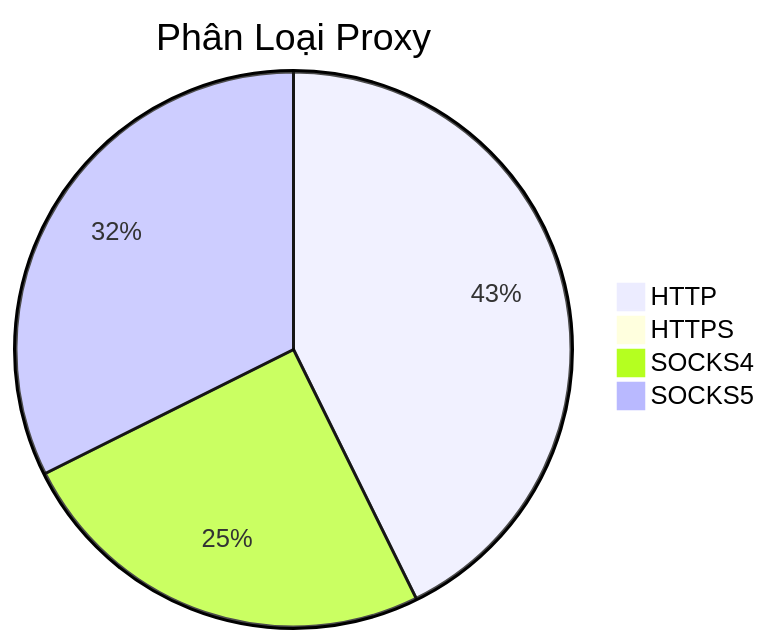
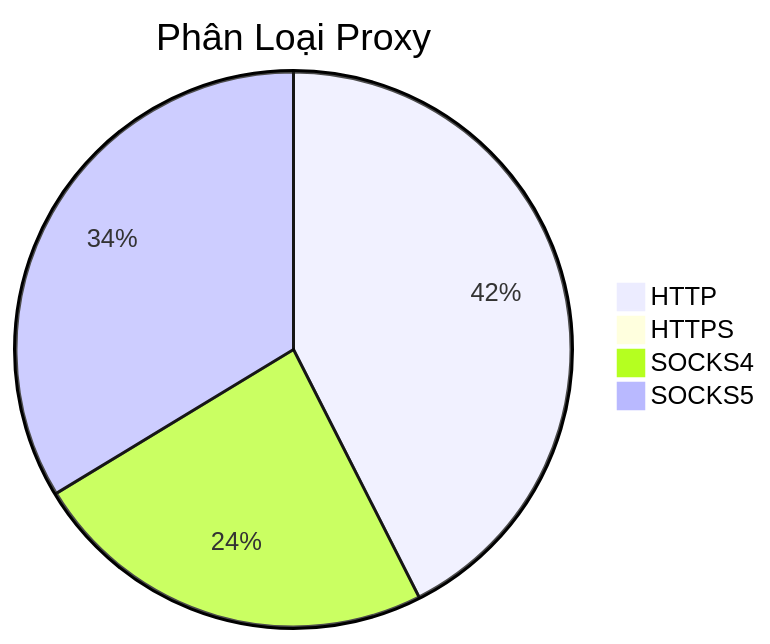
One commit to Ciara-12/PROXY-free changed the diagram in README.md. Above: the diagram before and after it, drawn with Mermaid. The commit also changed other lines of this file and 4 other files, not shown here.

````diff
--- a/README.md
+++ b/README.md
@@ -26,7 +26,7 @@
 ```mermaid
 pie title Phân Loại Proxy
-    "HTTP" : 504
-    "HTTPS" : 1
-    "SOCKS4" : 294
-    "SOCKS5" : 382
+    "HTTP" : 538
+    "HTTPS" : 2
+    "SOCKS4" : 301
+    "SOCKS5" : 426
 ```
````
